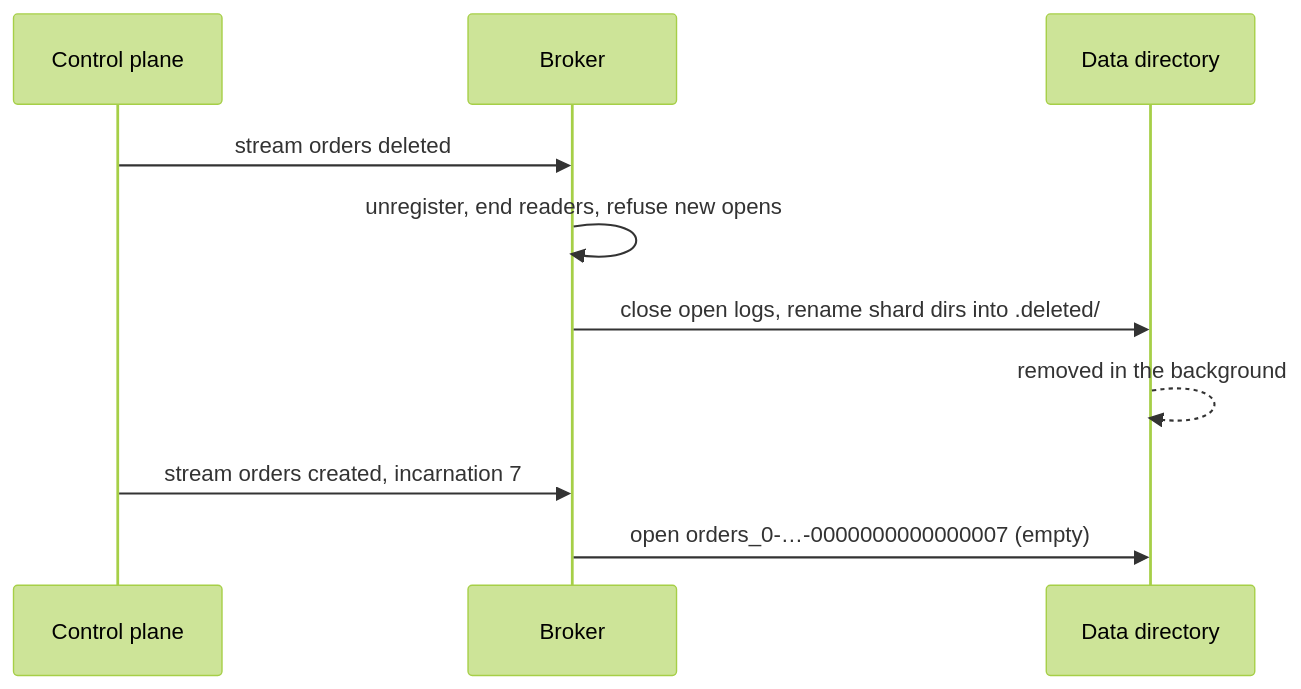
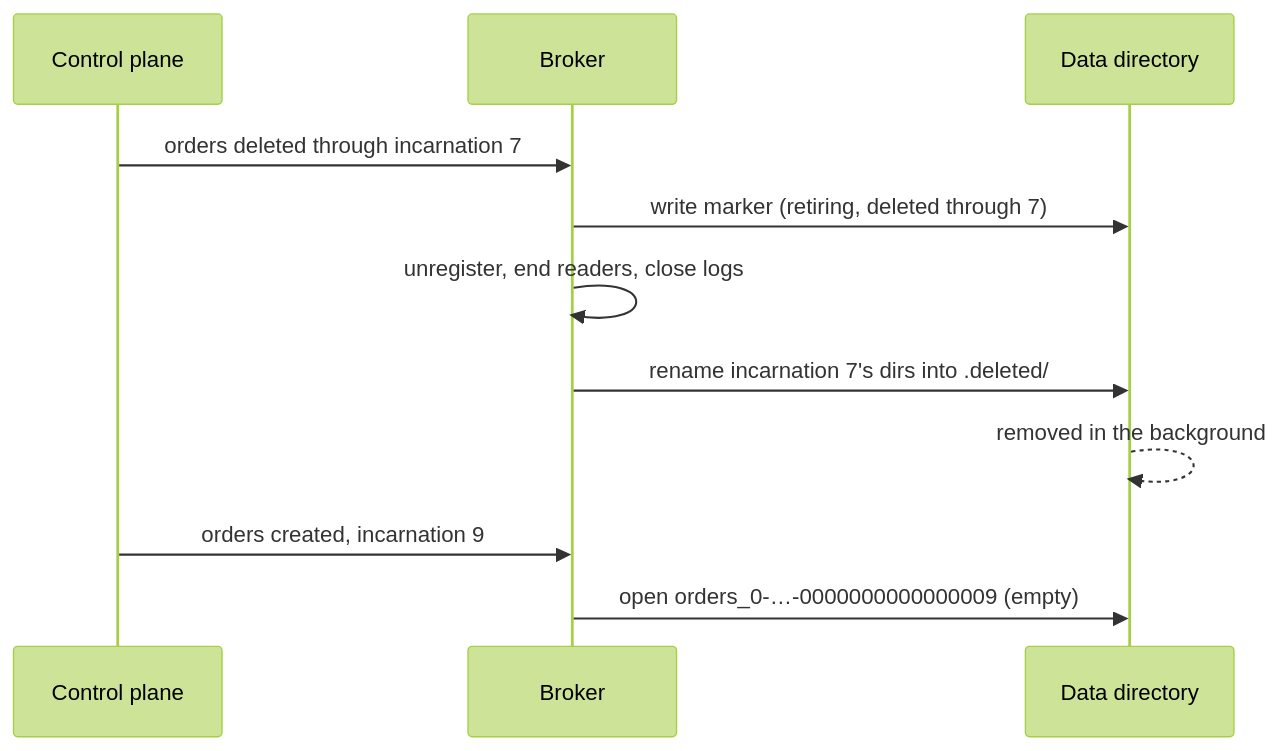
One commit to GetFelix/felix changed the fourth of 6 diagrams in docs-site/src/content/docs/architecture/durable-storage.md. Above: the diagram before and after it, drawn with Mermaid (forest theme). The commit also changed other lines of this file and 59 other files, not shown here.

````diff
--- a/docs-site/src/content/docs/architecture/durable-storage.md
+++ b/docs-site/src/content/docs/architecture/durable-storage.md
@@ -226,12 +227,13 @@
 ```mermaid
 sequenceDiagram
     participant CP as Control plane
     participant B as Broker
     participant D as Data directory
-    CP->>B: stream orders deleted
-    B->>B: unregister, end readers, refuse new opens
-    B->>D: close open logs, rename shard dirs into .deleted/
+    CP->>B: orders deleted through incarnation 7
+    B->>D: write marker (retiring, deleted through 7)
+    B->>B: unregister, end readers, close logs
+    B->>D: rename incarnation 7's dirs into .deleted/
     D-->>D: removed in the background
-    CP->>B: stream orders created, incarnation 7
-    B->>D: open orders_0-…-0000000000000007 (empty)
+    CP->>B: orders created, incarnation 9
+    B->>D: open orders_0-…-0000000000000009 (empty)
 ```
````
